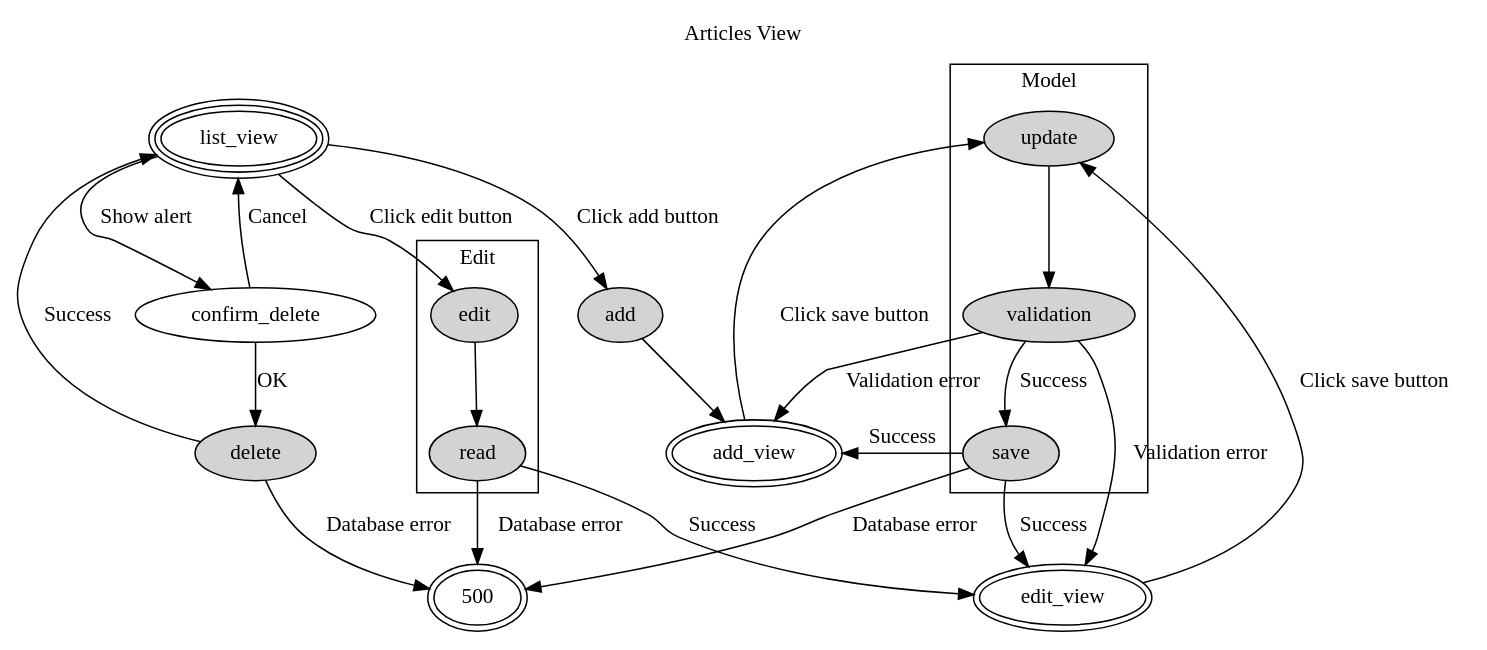
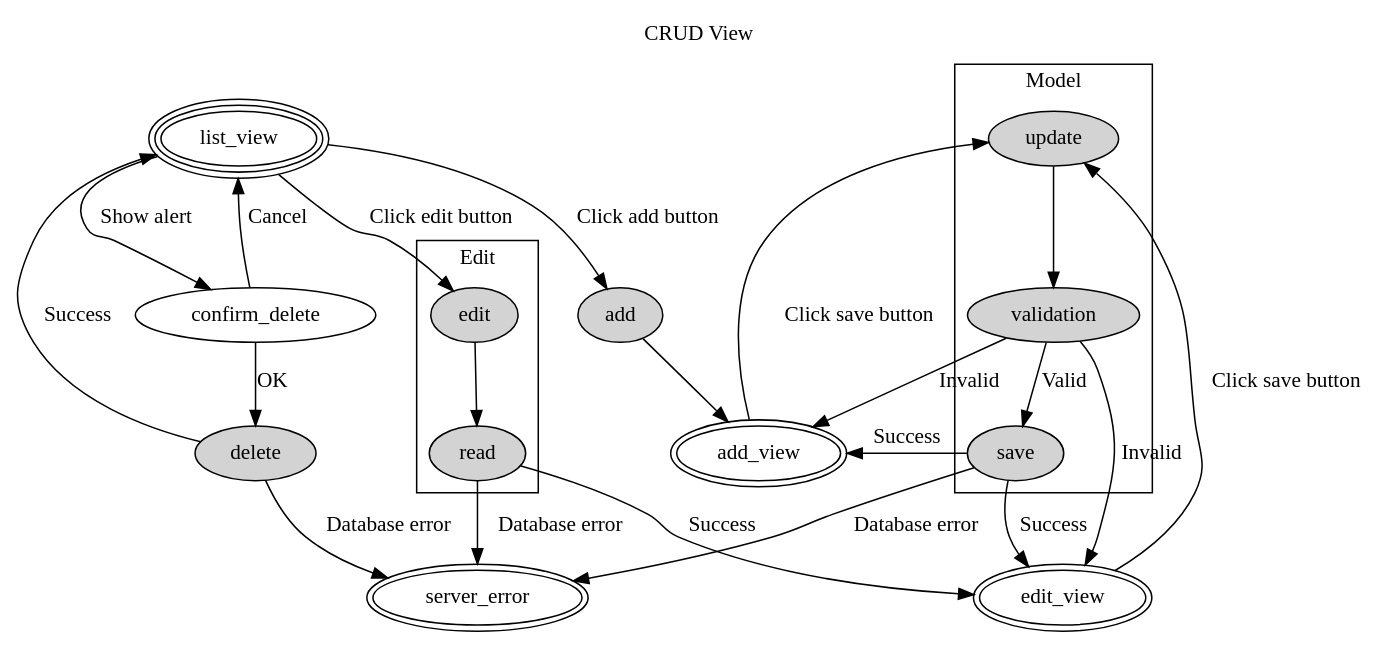
Before and after one commit to hideshi/diagrams: the diagram in 02_crud.dot, drawn with Graphviz. The commit also changed 1 other file, not shown here.

```diff
--- a/02_crud.dot
+++ b/02_crud.dot
@@ -1,49 +1,49 @@
-digraph articles {
-    graph [label = "Articles View", labelloc = t];
+digraph crud {
+    graph [label = "CRUD View", labelloc = t];
 
     list_view[peripheries = 3];
     add_view[peripheries = 2];
     edit_view[peripheries = 2];
-    500[peripheries = 2];
+    server_error[peripheries = 2];
 
     add[style = filled];
     edit[style = filled];
     delete[style = filled];
     validation[style = filled];
     update[style = filled];
     save[style = filled];
     read[style = filled];
 
     list_view -> add [label = "Click add button"];
     add -> add_view;
     add_view -> update [label = "Click save button"];
 
     list_view -> edit [label = "Click edit button"];
     edit_view -> update [label = "Click save button"];
 
     subgraph cluster_edit {
         label = "Edit";
         edit -> read;
     }
 
     read -> edit_view [label = "Success"];
-    read -> 500 [label = "Database error"];
+    read -> server_error [label = "Database error"];
 
     list_view -> confirm_delete [label = "Show alert"];
     confirm_delete -> list_view [label = "Cancel"];
     confirm_delete -> delete [label = "OK"];
     delete -> list_view [label = "Success"];
-    delete -> 500 [label = "Database error"];
+    delete -> server_error [label = "Database error"];
 
-    subgraph cluster_model {
+    subgraph cluster_save {
         label = "Model";
         update -> validation;
-        validation -> save [label = "Success"];
+        validation -> save [label = "Valid"];
     }
 
-    validation -> add_view [label = "Validation error"];
-    validation -> edit_view [label = "Validation error"];
+    validation -> add_view [label = "Invalid"];
+    validation -> edit_view [label = "Invalid"];
     save -> add_view [label = "Success"];
     save -> edit_view [label = "Success"];
-    save -> 500 [label = "Database error"];
+    save -> server_error [label = "Database error"];
 }
```
